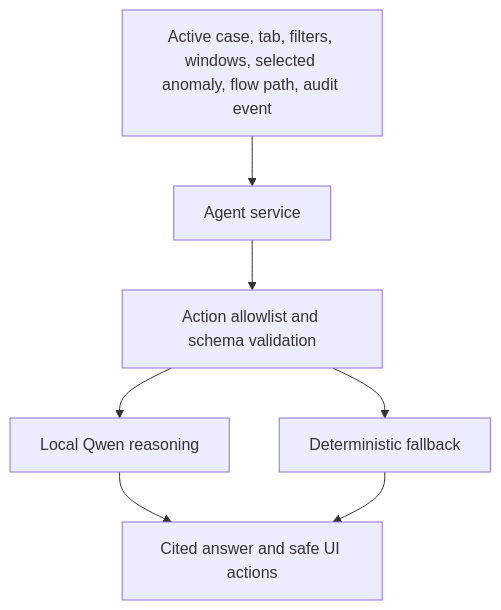
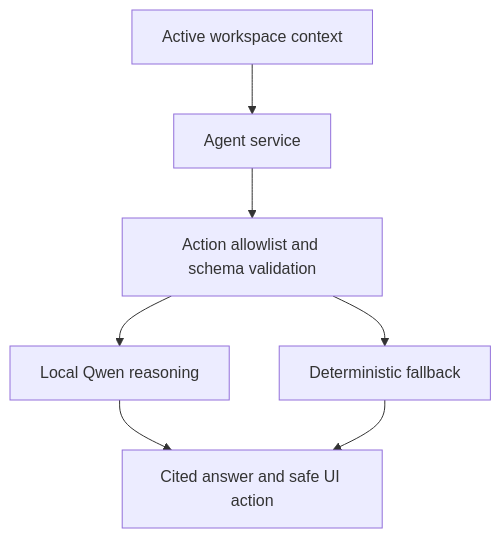
One commit to shubro18202758/SuRaksha-Sentinel changed the third of 3 diagrams in README.md. Above: the diagram before and after it, drawn with Mermaid. The commit also changed other lines of this file, not shown here.

````diff
--- a/README.md
+++ b/README.md
@@ -261,9 +168,9 @@
 ```mermaid
 flowchart TB
-  Context["Active case, tab, filters, windows, selected anomaly, flow path, audit event"] --> Agent["Agent service"]
+  Context["Active workspace context"] --> Agent["Agent service"]
   Agent --> Guardrails["Action allowlist and schema validation"]
   Guardrails --> Qwen["Local Qwen reasoning"]
   Guardrails --> Fallback["Deterministic fallback"]
-  Qwen --> Response["Cited answer and safe UI actions"]
+  Qwen --> Response["Cited answer and safe UI action"]
   Fallback --> Response
 ```
````
